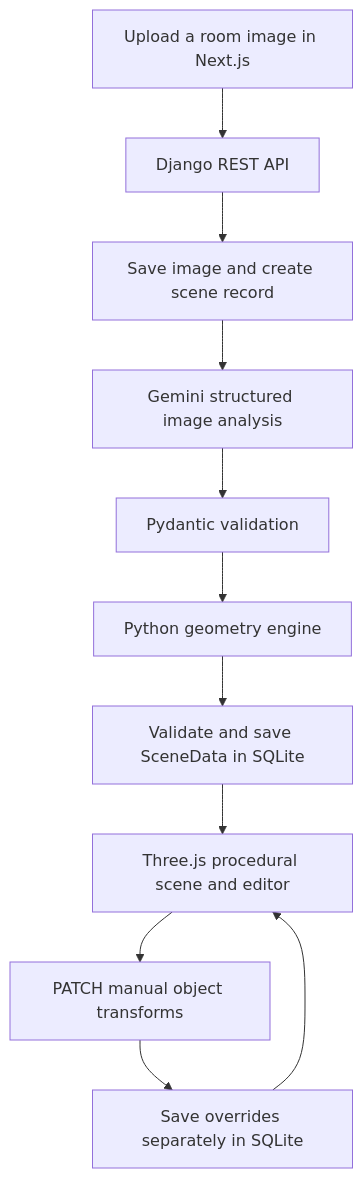
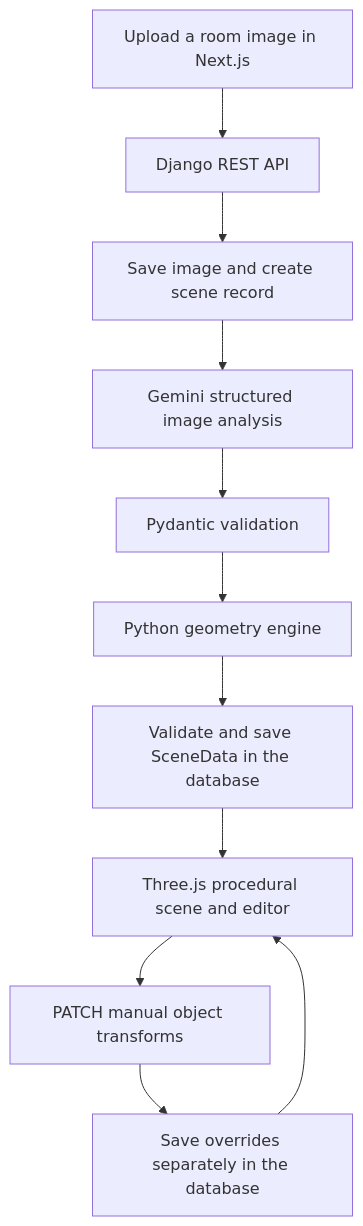
The diagram in README.md (iamsurajthakur/spatialize), drawn with Mermaid before and after one commit. The commit also changed other lines of this file and 2 other files, not shown here.

````diff
--- a/README.md
+++ b/README.md
@@ -36,13 +36,13 @@
 ```mermaid
 flowchart TD
     A[Upload a room image in Next.js] --> B[Django REST API]
     B --> C[Save image and create scene record]
     C --> D[Gemini structured image analysis]
     D --> E[Pydantic validation]
     E --> F[Python geometry engine]
-    F --> G[Validate and save SceneData in SQLite]
+    F --> G[Validate and save SceneData in the database]
     G --> H[Three.js procedural scene and editor]
     H --> I[PATCH manual object transforms]
-    I --> J[Save overrides separately in SQLite]
+    I --> J[Save overrides separately in the database]
     J --> H
 ```
````
